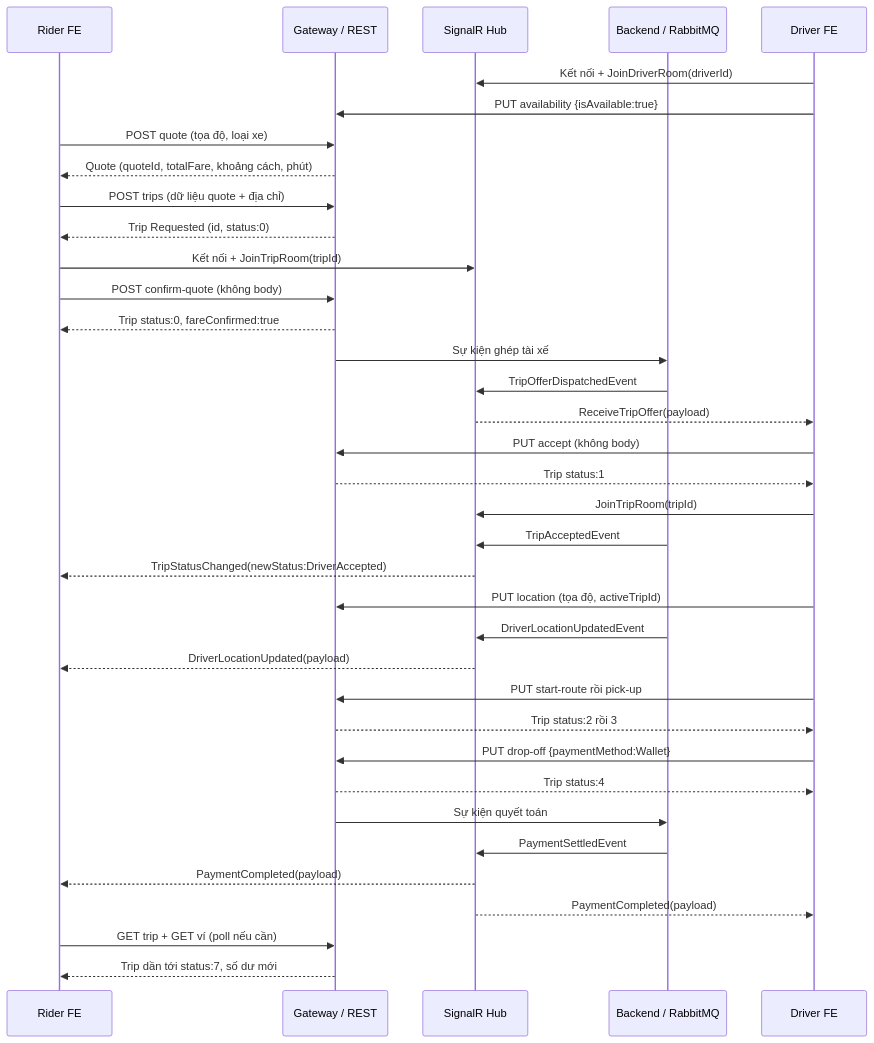
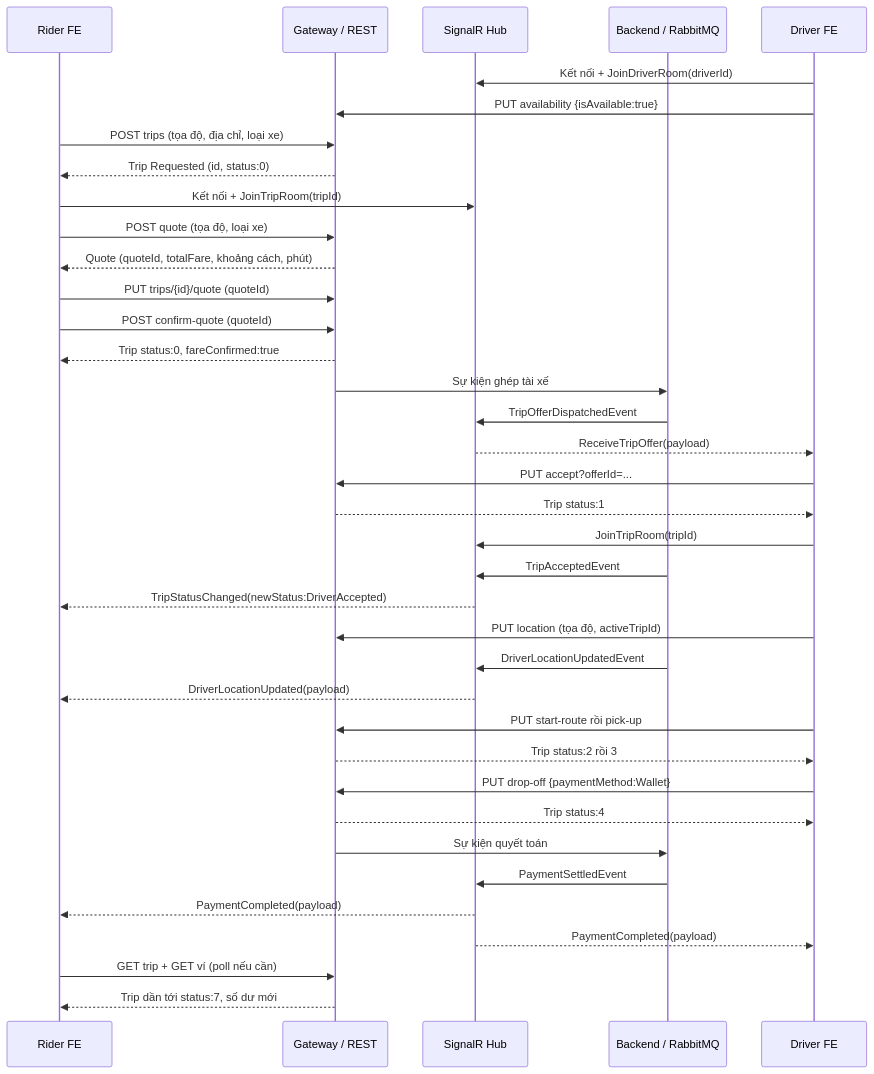
The diagram in docs/FE_INTEGRATION_GUIDE.md (phwkha/SwiftRide), drawn with Mermaid before and after one commit. The commit also changed other lines of this file and 45 other files, not shown here.

````diff
--- a/docs/FE_INTEGRATION_GUIDE.md
+++ b/docs/FE_INTEGRATION_GUIDE.md
@@ -1745,38 +1761,39 @@
 ```mermaid
 sequenceDiagram
     participant R as Rider FE
     participant API as Gateway / REST
     participant H as SignalR Hub
     participant B as Backend / RabbitMQ
     participant D as Driver FE
     D->>H: Kết nối + JoinDriverRoom(driverId)
     D->>API: PUT availability {isAvailable:true}
+    R->>API: POST trips (tọa độ, địa chỉ, loại xe)
+    API-->>R: Trip Requested (id, status:0)
+    R->>H: Kết nối + JoinTripRoom(tripId)
     R->>API: POST quote (tọa độ, loại xe)
     API-->>R: Quote (quoteId, totalFare, khoảng cách, phút)
-    R->>API: POST trips (dữ liệu quote + địa chỉ)
-    API-->>R: Trip Requested (id, status:0)
-    R->>H: Kết nối + JoinTripRoom(tripId)
-    R->>API: POST confirm-quote (không body)
+    R->>API: PUT trips/{id}/quote (quoteId)
+    R->>API: POST confirm-quote (quoteId)
     API-->>R: Trip status:0, fareConfirmed:true
     API->>B: Sự kiện ghép tài xế
     B->>H: TripOfferDispatchedEvent
     H-->>D: ReceiveTripOffer(payload)
-    D->>API: PUT accept (không body)
+    D->>API: PUT accept?offerId=...
     API-->>D: Trip status:1
     D->>H: JoinTripRoom(tripId)
     B->>H: TripAcceptedEvent
     H-->>R: TripStatusChanged(newStatus:DriverAccepted)
     D->>API: PUT location (tọa độ, activeTripId)
     B->>H: DriverLocationUpdatedEvent
     H-->>R: DriverLocationUpdated(payload)
     D->>API: PUT start-route rồi pick-up
     API-->>D: Trip status:2 rồi 3
     D->>API: PUT drop-off {paymentMethod:Wallet}
     API-->>D: Trip status:4
     API->>B: Sự kiện quyết toán
     B->>H: PaymentSettledEvent
     H-->>R: PaymentCompleted(payload)
     H-->>D: PaymentCompleted(payload)
     R->>API: GET trip + GET ví (poll nếu cần)
     API-->>R: Trip dần tới status:7, số dư mới
 ```
````
